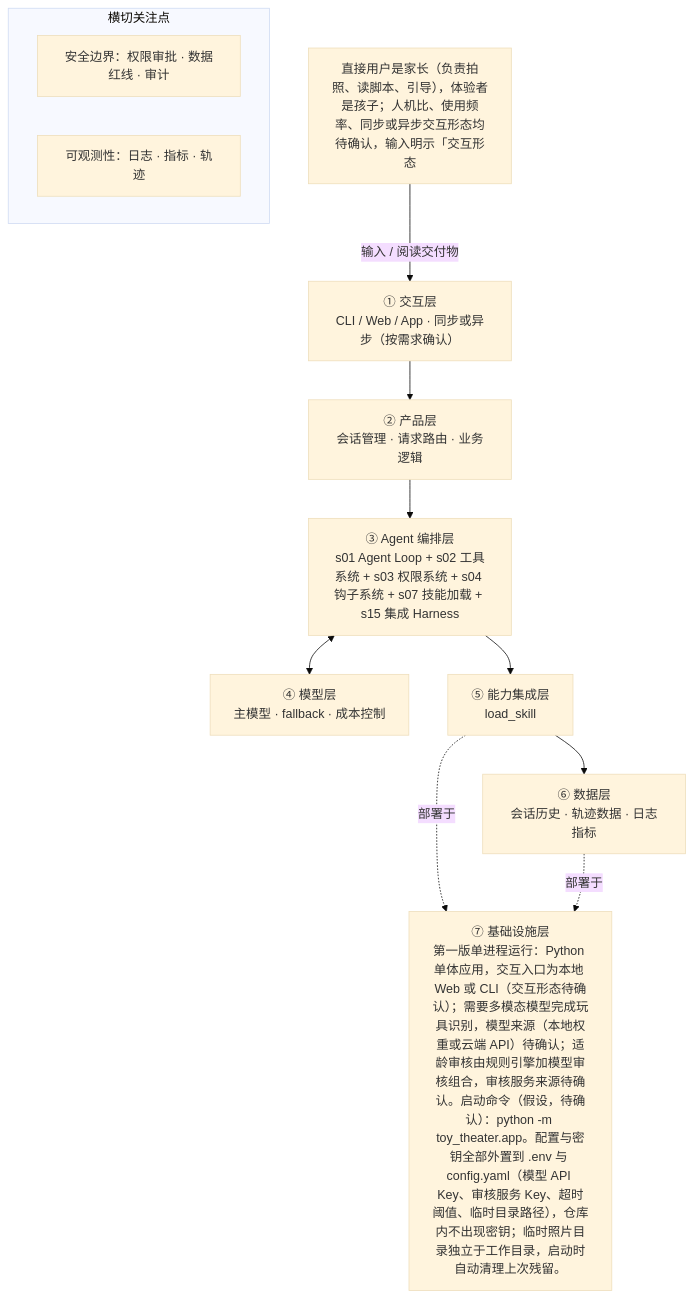
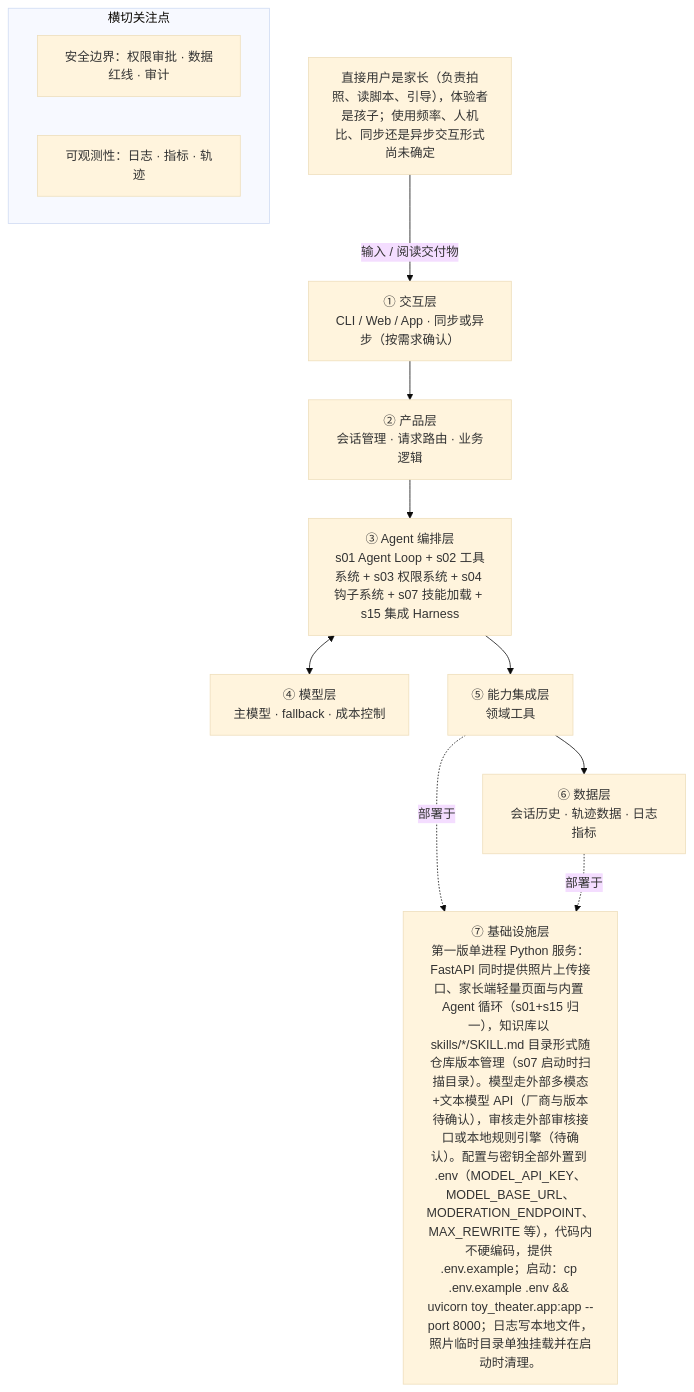
Before and after one commit to hubooooooo/agent-blueprint: the diagram in docs/examples/方案示例-玩具剧场-真实运行.md, drawn with Mermaid (base theme). The commit also changed other lines of this file and 15 other files, not shown here.

````diff
--- a/docs/examples/方案示例-玩具剧场-真实运行.md
+++ b/docs/examples/方案示例-玩具剧场-真实运行.md
@@ -98,22 +100,22 @@
 ```mermaid
 flowchart TD
-    U["直接用户是家长（负责拍照、读脚本、引导），体验者是孩子；人机比、使用频率、同步或异步交互形态均待确认，输入明示「交互形态"] -->|输入 / 阅读交付物| L1
+    U["直接用户是家长（负责拍照、读脚本、引导），体验者是孩子；使用频率、人机比、同步还是异步交互形式尚未确定"] -->|输入 / 阅读交付物| L1
     L1["① 交互层<br/>CLI / Web / App · 同步或异步（按需求确认）"]
     L2["② 产品层<br/>会话管理 · 请求路由 · 业务逻辑"]
     L3["③ Agent 编排层<br/>s01 Agent Loop + s02 工具系统 + s03 权限系统 + s04 钩子系统 + s07 技能加载 + s15 集成 Harness"]
     L4["④ 模型层<br/>主模型 · fallback · 成本控制"]
-    L5["⑤ 能力集成层<br/>load_skill"]
+    L5["⑤ 能力集成层<br/>领域工具"]
     L6["⑥ 数据层<br/>会话历史 · 轨迹数据 · 日志指标"]
-    L7["⑦ 基础设施层<br/>第一版单进程运行：Python 单体应用，交互入口为本地 Web 或 CLI（交互形态待确认）；需要多模态模型完成玩具识别，模型来源（本地权重或云端 API）待确认；适龄审核由规则引擎加模型审核组合，审核服务来源待确认。启动命令（假设，待确认）：python -m toy_theater.app。配置与密钥全部外置到 .env 与 config.yaml（模型 API Key、审核服务 Key、超时阈值、临时目录路径），仓库内不出现密钥；临时照片目录独立于工作目录，启动时自动清理上次残留。"]
+    L7["⑦ 基础设施层<br/>第一版单进程 Python 服务：FastAPI 同时提供照片上传接口、家长端轻量页面与内置 Agent 循环（s01+s15 归一），知识库以 skills/*/SKILL.md 目录形式随仓库版本管理（s07 启动时扫描目录）。模型走外部多模态+文本模型 API（厂商与版本待确认），审核走外部审核接口或本地规则引擎（待确认）。配置与密钥全部外置到 .env（MODEL_API_KEY、MODEL_BASE_URL、MODERATION_ENDPOINT、MAX_REWRITE 等），代码内不硬编码，提供 .env.example；启动：cp .env.example .env #38;#38; uvicorn toy_theater.app:app --port 8000；日志写本地文件，照片临时目录单独挂载并在启动时清理。"]
     L1 --> L2
     L2 --> L3
     L3 <--> L4
     L3 --> L5
     L5 --> L6
     L5 -.->|部署于| L7
     L6 -.->|部署于| L7
     subgraph 横切关注点
         SEC["安全边界：权限审批 · 数据红线 · 审计"]
         OBS["可观测性：日志 · 指标 · 轨迹"]
     end
 ```
````
